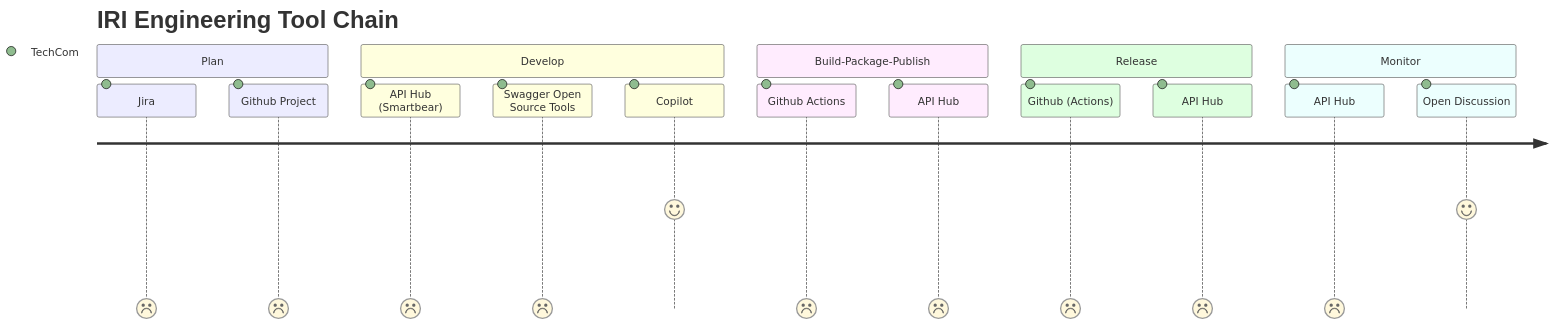
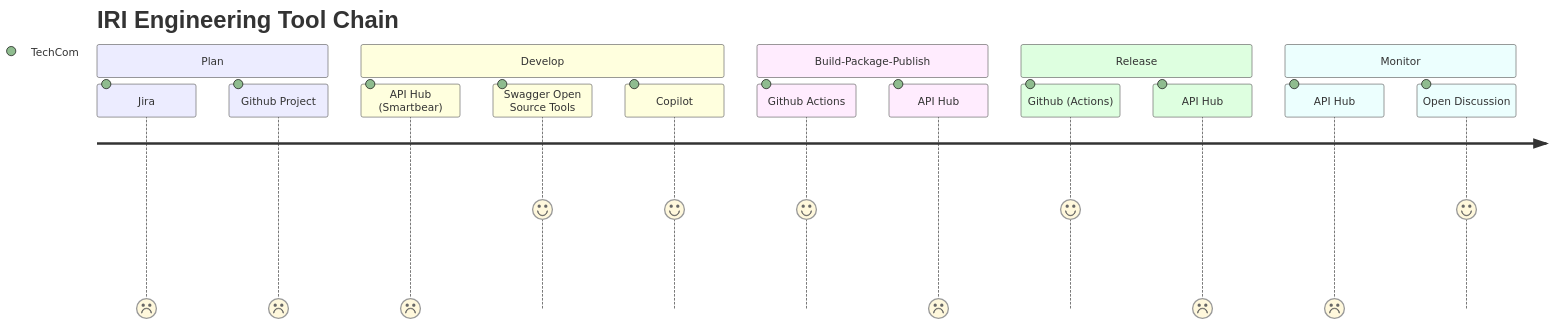
One commit to rockwellej/public-playground changed the diagram in diagrams/iri-tool-chain.md. Above: the diagram before and after it, drawn with Mermaid.

Commit message:
Updating with decisision points - see smiley faces

````diff
--- a/diagrams/iri-tool-chain.md
+++ b/diagrams/iri-tool-chain.md
@@ -2,20 +2,20 @@
 ```mermaid
 journey
   title IRI Engineering Tool Chain
   section Plan
     Jira: 0: TechCom
     Github Project: 0: TechCom
   section Develop
     API Hub (Smartbear): 0: TechCom
-    Swagger Open Source Tools: 0: TechCom
+    Swagger Open Source Tools: 5: TechCom
     Copilot: 5: TechCom
   section Build-Package-Publish
-    Github Actions: 0: TechCom
+    Github Actions: 5: TechCom
     API Hub: 0: TechCom
   section Release
-    Github (Actions): 0: TechCom
+    Github (Actions): 5: TechCom
     API Hub: 0: TechCom    
   section Monitor
     API Hub: 0: TechCom
     Open Discussion: 5: TechCom    
 ```
````
